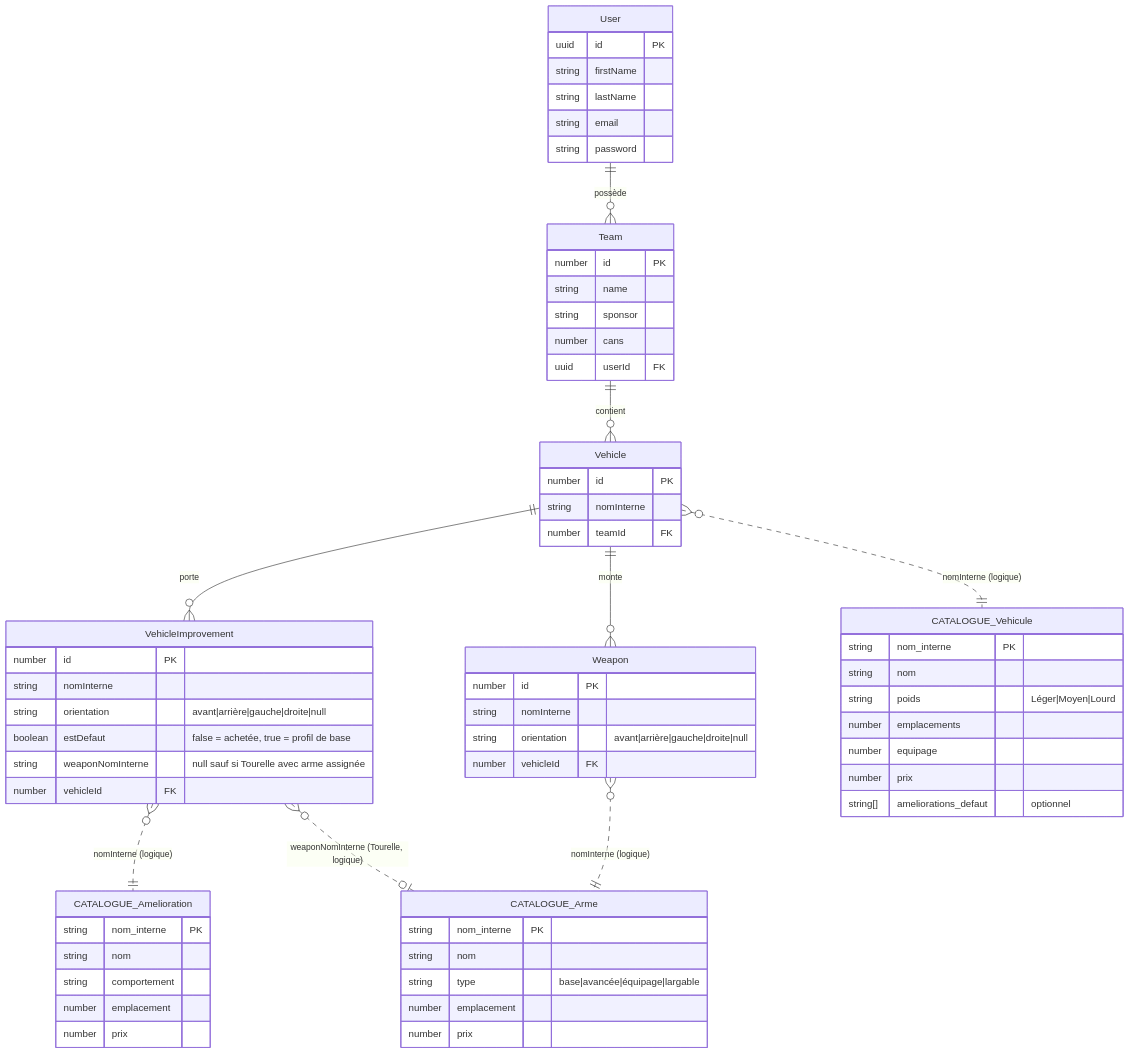
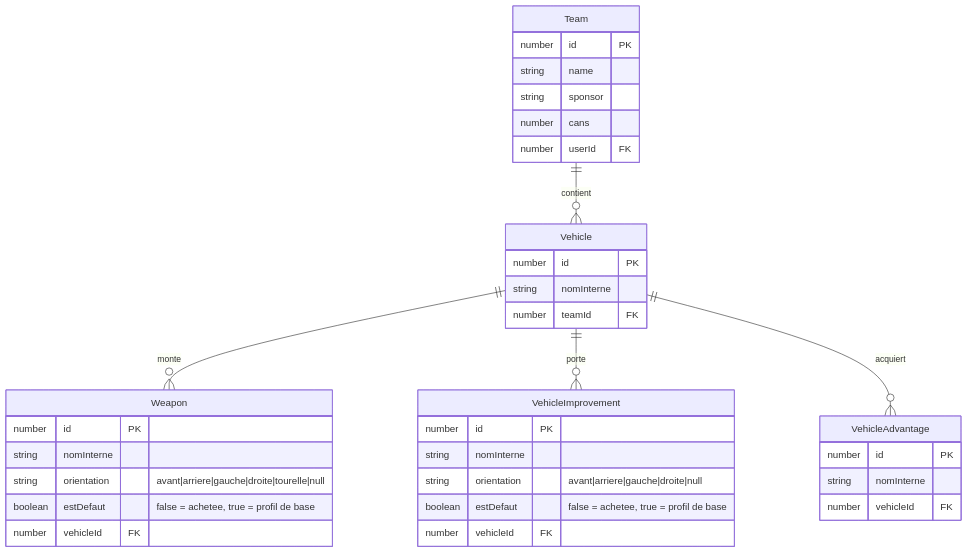
One commit to arnaudbracchetti/gaslands-manager changed the first of 7 diagrams in docs/VEHICLE_SYSTEM.md. Above: the diagram before and after it, drawn with Mermaid. The commit also changed other lines of this file and 3 other files, not shown here.

First line of the commit message:
docs: resynchronise VEHICLE_SYSTEM.md, VEHICLES.md et CAMPAIGN.md avec le code

````diff
--- a/docs/VEHICLE_SYSTEM.md
+++ b/docs/VEHICLE_SYSTEM.md
@@ -34,76 +45,43 @@
 ```mermaid
 erDiagram
-    User {
-        uuid id PK
-        string firstName
-        string lastName
-        string email
-        string password
-    }
-
     Team {
         number id PK
         string name
         string sponsor
         number cans
-        uuid userId FK
+        number userId FK
     }
 
     Vehicle {
         number id PK
         string nomInterne
         number teamId FK
     }
 
+    Weapon {
+        number id PK
+        string nomInterne
+        string orientation "avant|arriere|gauche|droite|tourelle|null"
+        boolean estDefaut "false = achetee, true = profil de base"
+        number vehicleId FK
+    }
+
     VehicleImprovement {
         number id PK
         string nomInterne
-        string orientation "avant|arrière|gauche|droite|null"
-        boolean estDefaut "false = achetée, true = profil de base"
-        string weaponNomInterne "null sauf si Tourelle avec arme assignée"
+        string orientation "avant|arriere|gauche|droite|null"
+        boolean estDefaut "false = achetee, true = profil de base"
         number vehicleId FK
     }
 
-    Weapon {
+    VehicleAdvantage {
         number id PK
         string nomInterne
-        string orientation "avant|arrière|gauche|droite|null"
         number vehicleId FK
     }
 
-    CATALOGUE_Vehicule {
-        string nom_interne PK
-        string nom
-        string poids "Léger|Moyen|Lourd"
-        number emplacements
-        number equipage
-        number prix
-        string[] ameliorations_defaut "optionnel"
-    }
-
-    CATALOGUE_Amelioration {
-        string nom_interne PK
-        string nom
-        string comportement
-        number emplacement
-        number prix
-    }
-
-    CATALOGUE_Arme {
-        string nom_interne PK
-        string nom
-        string type "base|avancée|équipage|largable"
-        number emplacement
-        number prix
-    }
-
-    User ||--o{ Team : "possède"
     Team ||--o{ Vehicle : "contient"
+    Vehicle ||--o{ Weapon : "monte"
     Vehicle ||--o{ VehicleImprovement : "porte"
-    Vehicle ||--o{ Weapon : "monte"
-
-    Vehicle }o..|| CATALOGUE_Vehicule : "nomInterne (logique)"
-    VehicleImprovement }o..|| CATALOGUE_Amelioration : "nomInterne (logique)"
-    VehicleImprovement }o..o| CATALOGUE_Arme : "weaponNomInterne (Tourelle, logique)"
-    Weapon }o..|| CATALOGUE_Arme : "nomInterne (logique)"
+    Vehicle ||--o{ VehicleAdvantage : "acquiert"
 ```
````
